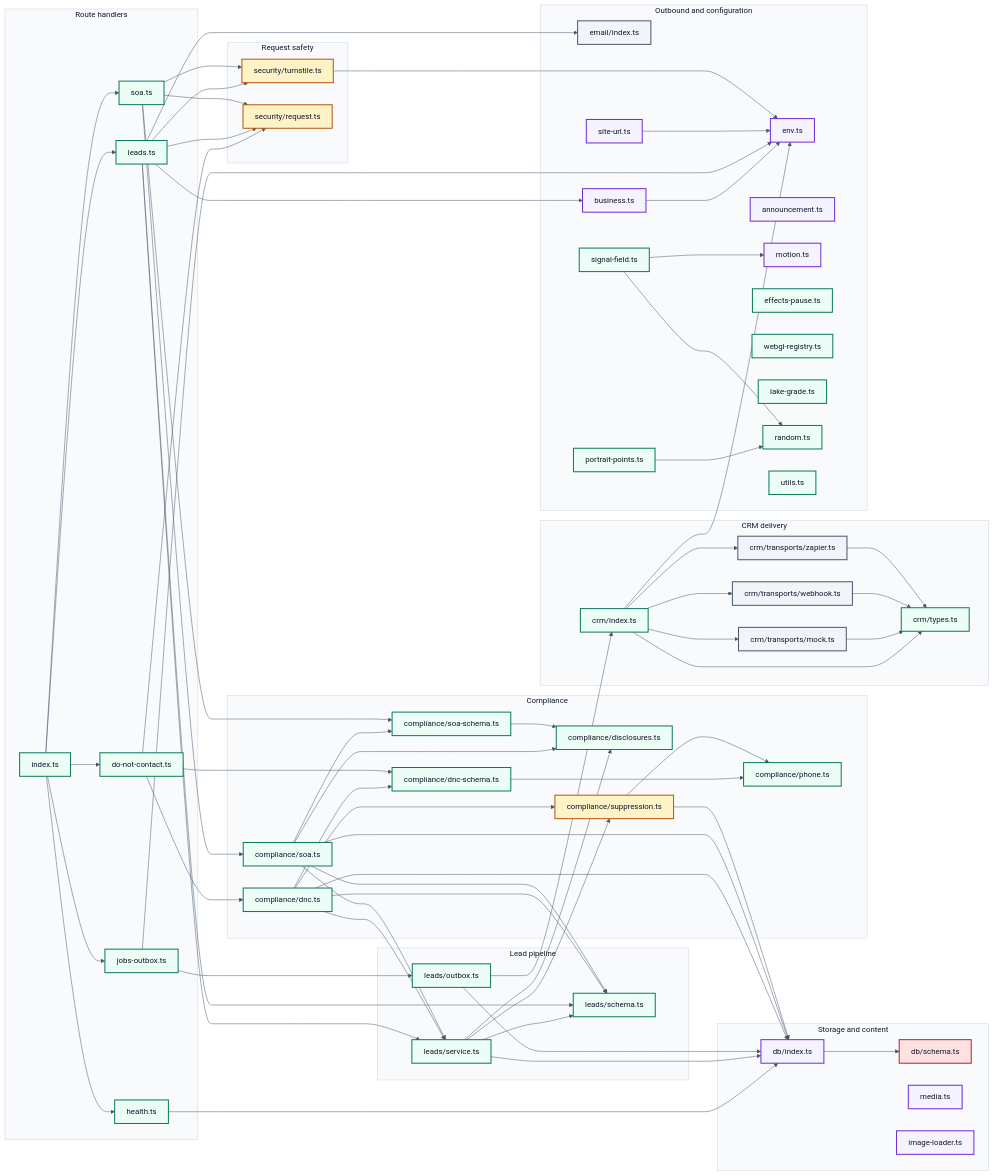
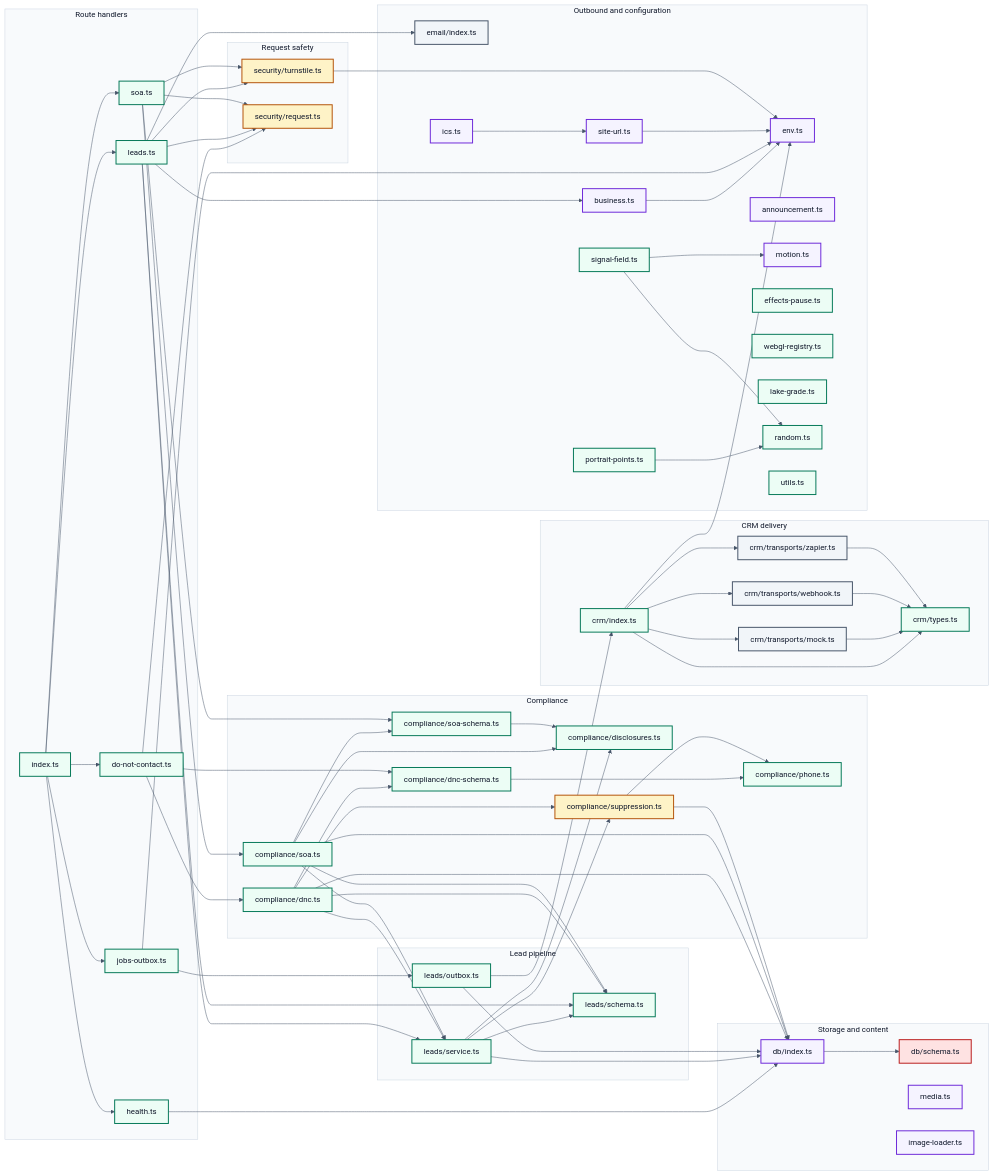
One commit to marc-mccarthy/legacy-benefits-mn changed the diagram in docs/diagrams/D5-module-map.mmd. Above: the diagram before and after it, drawn with Mermaid. The commit also changed 9 other files, not shown here.

```diff
--- a/docs/diagrams/D5-module-map.mmd
+++ b/docs/diagrams/D5-module-map.mmd
@@ -1,145 +1,147 @@
 %%{init: {"theme":"base","themeVariables":{"fontFamily":"Helvetica Neue, Helvetica, Arial, sans-serif","fontSize":"16px","textColor":"#0F172A","background":"#FFFFFF","lineColor":"#475569","mainBkg":"#EFF6FF","nodeBorder":"#1D4ED8","primaryColor":"#EFF6FF","primaryBorderColor":"#1D4ED8","primaryTextColor":"#0F172A","secondaryColor":"#F1F5F9","secondaryBorderColor":"#475569","secondaryTextColor":"#0F172A","tertiaryColor":"#F8FAFC","tertiaryBorderColor":"#CBD5E1","tertiaryTextColor":"#0F172A","clusterBkg":"#F8FAFC","clusterBorder":"#CBD5E1","edgeLabelBackground":"#FFFFFF","actorBkg":"#EEF2FF","actorBorder":"#4338CA","actorTextColor":"#0F172A","signalColor":"#475569","signalTextColor":"#0F172A","noteBkgColor":"#FEF3C7","noteBorderColor":"#B45309","noteTextColor":"#0F172A","activationBkgColor":"#ECFDF5","activationBorderColor":"#047857","labelBoxBkgColor":"#FEF3C7","labelBoxBorderColor":"#B45309","sequenceNumberColor":"#FFFFFF"},"flowchart":{"htmlLabels":false,"curve":"basis","nodeSpacing":45,"rankSpacing":60,"padding":12},"sequence":{"useMaxWidth":false,"htmlLabels":false,"mirrorActors":false,"wrap":true,"width":190}}}%%
 flowchart LR
 accTitle: Every server module this repository owns, and what each one imports
 accDescr {
   A left-to-right map of the server side of the application, derived from the imports in the
   code rather than drawn by hand, so it cannot describe a wiring that no longer exists. Each
   box is one module; each arrow is one module importing another. Route handlers sit on the
   left, since every request enters through one of them. The two modules that verify a request
   and the one that decides whether a person may be contacted are drawn as gates, because their
   job is to reject. The database schema is drawn as regulated data, because that is what it
   declares. Test files are excluded: a test importing a module says nothing about how the
-  application is wired. 40 modules and 56 imports are drawn.
+  application is wired. 41 modules and 57 imports are drawn.
 }
 
 subgraph Routehandlers ["Route handlers"]
   apiRouter["index.ts"]
   leadsRoute["leads.ts"]
   soaRoute["soa.ts"]
   dncRoute["do-not-contact.ts"]
   jobsRoute["jobs-outbox.ts"]
   healthRoute["health.ts"]
 end
 
 subgraph Requestsafety ["Request safety"]
   turnstile["security/turnstile.ts"]
   request["security/request.ts"]
 end
 
 subgraph Leadpipeline ["Lead pipeline"]
   leadService["leads/service.ts"]
   leadSchema["leads/schema.ts"]
   outbox["leads/outbox.ts"]
 end
 
 subgraph Compliance ["Compliance"]
   disclosures["compliance/disclosures.ts"]
   suppression["compliance/suppression.ts"]
   phone["compliance/phone.ts"]
   dnc["compliance/dnc.ts"]
   dncSchema["compliance/dnc-schema.ts"]
   soa["compliance/soa.ts"]
   soaSchema["compliance/soa-schema.ts"]
 end
 
 subgraph CRMdelivery ["CRM delivery"]
   crm["crm/index.ts"]
   crmTypes["crm/types.ts"]
   webhook["crm/transports/webhook.ts"]
   zapier["crm/transports/zapier.ts"]
   mock["crm/transports/mock.ts"]
 end
 
 subgraph Storageandcontent ["Storage and content"]
   db["db/index.ts"]
   dbSchema["db/schema.ts"]
   media["media.ts"]
   imageLoader["image-loader.ts"]
 end
 
 subgraph Outboundandconfiguration ["Outbound and configuration"]
   email["email/index.ts"]
   env["env.ts"]
   siteUrl["site-url.ts"]
+  ics["ics.ts"]
   business["business.ts"]
   announcement["announcement.ts"]
   motion["motion.ts"]
   effectsPause["effects-pause.ts"]
   webglRegistry["webgl-registry.ts"]
   portraitPoints["portrait-points.ts"]
   signalField["signal-field.ts"]
   lakeGrade["lake-grade.ts"]
   random["random.ts"]
   utils["utils.ts"]
 end
 
 apiRouter --> dncRoute
 apiRouter --> healthRoute
 apiRouter --> jobsRoute
 apiRouter --> leadsRoute
 apiRouter --> soaRoute
 business --> env
 crm --> crmTypes
 crm --> env
 crm --> mock
 crm --> webhook
 crm --> zapier
 db --> dbSchema
 dnc --> db
 dnc --> dncSchema
 dnc --> leadSchema
 dnc --> leadService
 dnc --> suppression
 dncRoute --> dnc
 dncRoute --> dncSchema
 dncRoute --> request
 dncSchema --> phone
 healthRoute --> db
+ics --> siteUrl
 jobsRoute --> env
 jobsRoute --> outbox
 leadService --> db
 leadService --> disclosures
 leadService --> leadSchema
 leadService --> suppression
 leadsRoute --> business
 leadsRoute --> email
 leadsRoute --> leadSchema
 leadsRoute --> leadService
 leadsRoute --> request
 leadsRoute --> turnstile
 mock --> crmTypes
 outbox --> crm
 outbox --> db
 portraitPoints --> random
 signalField --> motion
 signalField --> random
 siteUrl --> env
 soa --> db
 soa --> disclosures
 soa --> leadSchema
 soa --> leadService
 soa --> soaSchema
 soaRoute --> request
 soaRoute --> soa
 soaRoute --> soaSchema
 soaRoute --> turnstile
 soaSchema --> disclosures
 suppression --> db
 suppression --> phone
 turnstile --> env
 webhook --> crmTypes
 zapier --> crmTypes
 
 classDef human    fill:#EEF2FF,stroke:#4338CA,stroke-width:2px,color:#0F172A
 classDef client   fill:#EFF6FF,stroke:#1D4ED8,stroke-width:2px,color:#0F172A
 classDef ours     fill:#ECFDF5,stroke:#047857,stroke-width:2px,color:#0F172A
 classDef guard    fill:#FEF3C7,stroke:#B45309,stroke-width:2px,color:#0F172A
 classDef vendor   fill:#F1F5F9,stroke:#475569,stroke-width:2px,color:#0F172A
 classDef phi      fill:#FEE2E2,stroke:#B91C1C,stroke-width:2px,color:#0F172A
 classDef artifact fill:#F5F3FF,stroke:#6D28D9,stroke-width:2px,color:#0F172A
 
 class apiRouter,leadsRoute,soaRoute,dncRoute,jobsRoute,healthRoute,leadService,leadSchema,outbox,disclosures,phone,dnc,dncSchema,soa,soaSchema,crm,crmTypes,effectsPause,webglRegistry,portraitPoints,signalField,lakeGrade,random,utils ours
 class turnstile,request,suppression guard
 class webhook,zapier,mock,email vendor
 class dbSchema phi
-class db,media,imageLoader,env,siteUrl,business,announcement,motion artifact
+class db,media,imageLoader,env,siteUrl,ics,business,announcement,motion artifact
```
